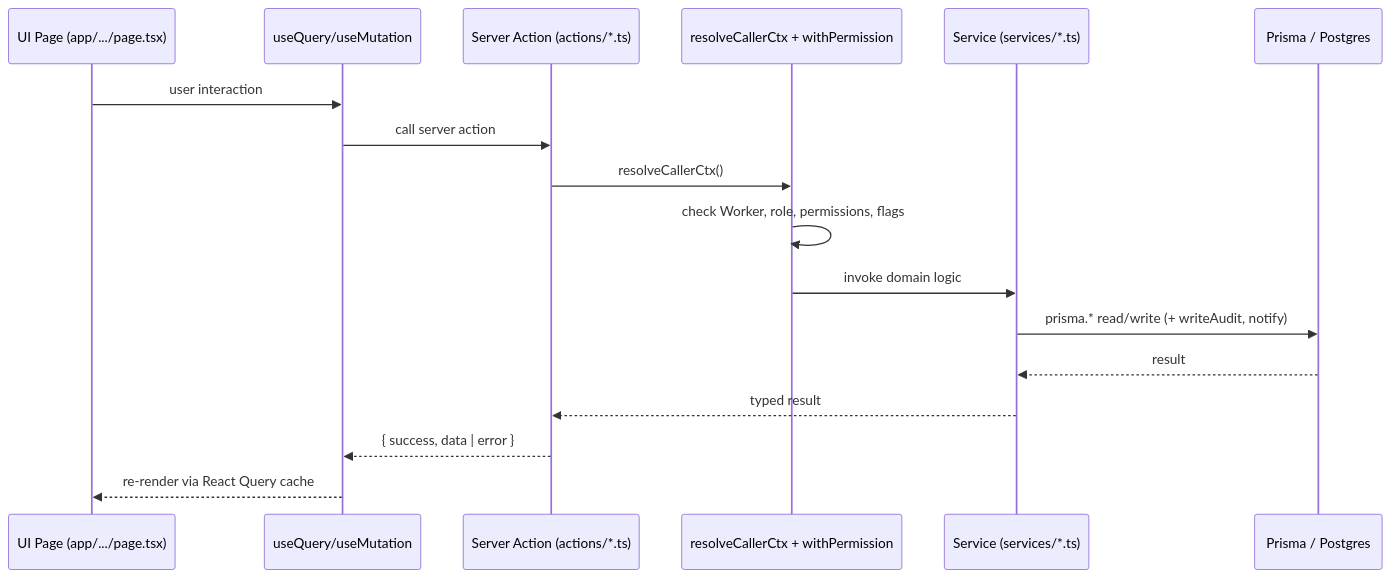
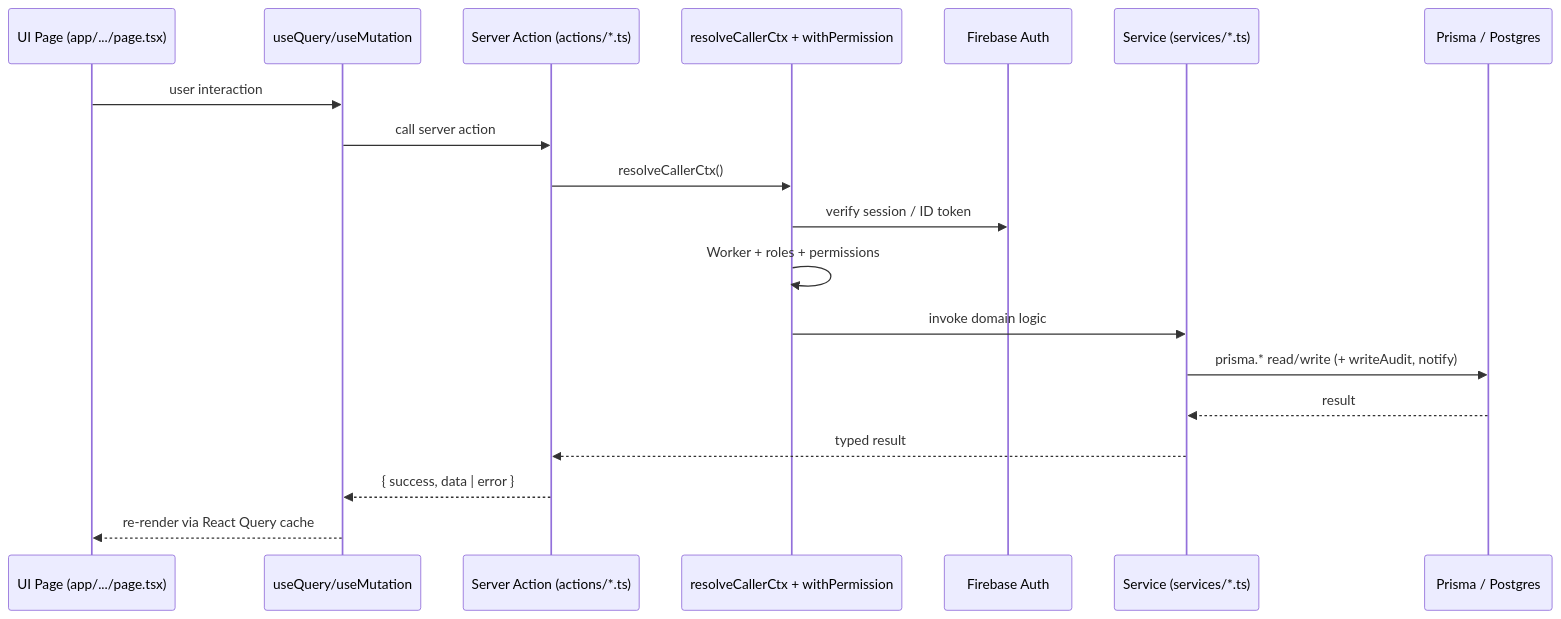
The second of 2 diagrams in docs/architecture.md (njcarlo/studio), drawn with Mermaid before and after one commit. The commit also changed other lines of this file and 20 other files, not shown here.

First line of the commit message:
docs: align architecture, skills, and plans with Firebase stack

````diff
--- a/docs/architecture.md
+++ b/docs/architecture.md
@@ -90,20 +96,22 @@
 ```mermaid
 sequenceDiagram
     participant Page as UI Page (app/.../page.tsx)
     participant Hook as useQuery/useMutation
     participant Action as Server Action (actions/*.ts)
     participant Gate as resolveCallerCtx + withPermission
+    participant FB as Firebase Auth
     participant Svc as Service (services/*.ts)
     participant DB as Prisma / Postgres
 
     Page->>Hook: user interaction
     Hook->>Action: call server action
     Action->>Gate: resolveCallerCtx()
-    Gate->>Gate: check Worker, role, permissions, flags
+    Gate->>FB: verify session / ID token
+    Gate->>Gate: Worker + roles + permissions
     Gate->>Svc: invoke domain logic
     Svc->>DB: prisma.* read/write (+ writeAudit, notify)
     DB-->>Svc: result
     Svc-->>Action: typed result
     Action-->>Hook: { success, data | error }
     Hook-->>Page: re-render via React Query cache
 ```
````
